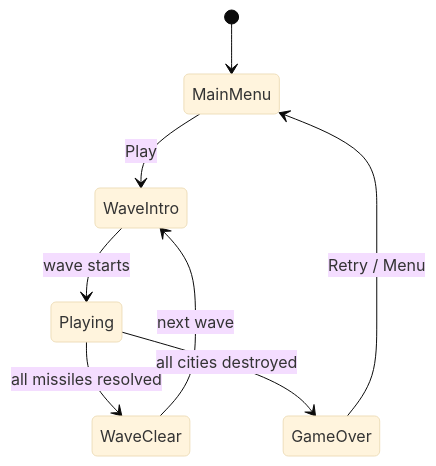
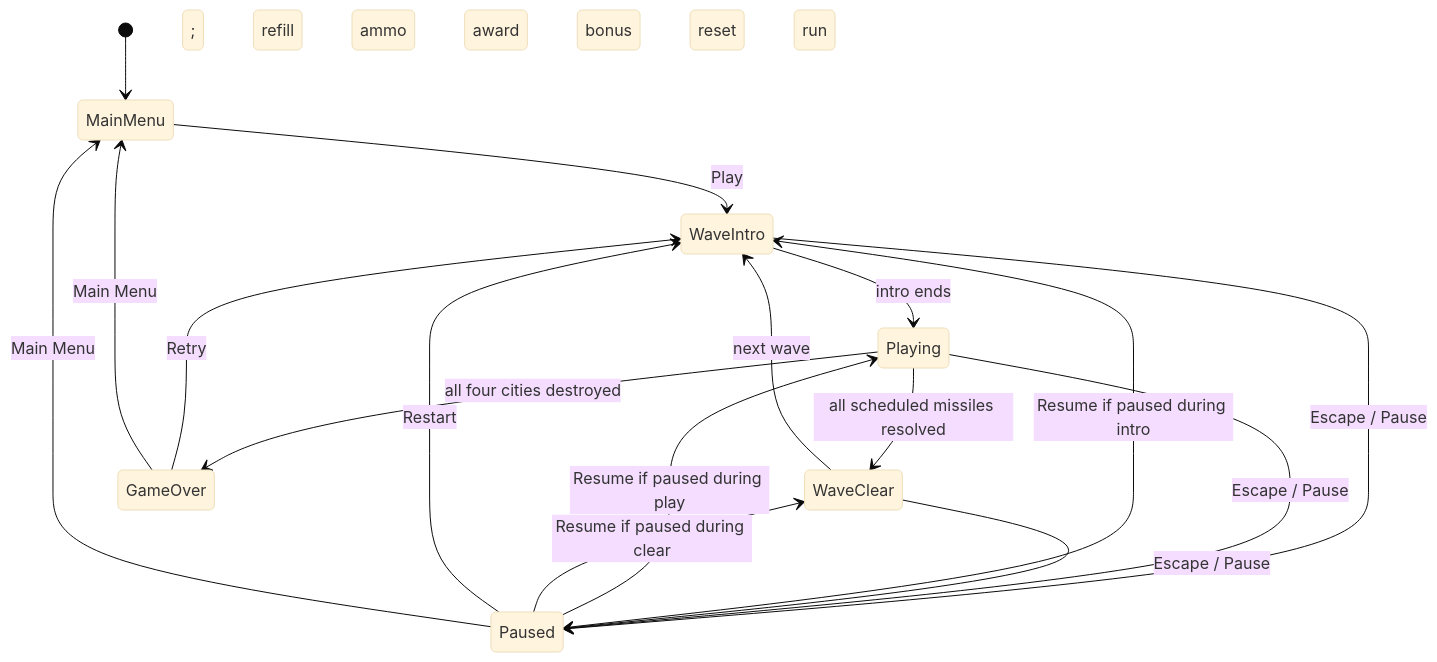
The first of 2 diagrams in Docs/GDD.md (KerenHazan/NeonCommand), drawn with Mermaid (base theme) before and after one commit. The commit also changed other lines of this file and 1 other file, not shown here.

````diff
--- a/Docs/GDD.md
+++ b/Docs/GDD.md
@@ -52,10 +42,19 @@
 ```mermaid
 stateDiagram-v2
     [*] --> MainMenu
     MainMenu --> WaveIntro: Play
-    WaveIntro --> Playing: wave starts
-    Playing --> WaveClear: all missiles resolved
+    WaveIntro --> Playing: intro ends; refill ammo
+    Playing --> WaveClear: all scheduled missiles resolved; award bonus
     WaveClear --> WaveIntro: next wave
-    Playing --> GameOver: all cities destroyed
-    GameOver --> MainMenu: Retry / Menu
+    Playing --> GameOver: all four cities destroyed
+    WaveIntro --> Paused: Escape / Pause
+    Playing --> Paused: Escape / Pause
+    WaveClear --> Paused: Escape / Pause
+    Paused --> WaveIntro: Resume if paused during intro
+    Paused --> Playing: Resume if paused during play
+    Paused --> WaveClear: Resume if paused during clear
+    Paused --> WaveIntro: Restart; reset run
+    Paused --> MainMenu: Main Menu; reset run
+    GameOver --> WaveIntro: Retry; reset run
+    GameOver --> MainMenu: Main Menu; reset run
 ```
````
